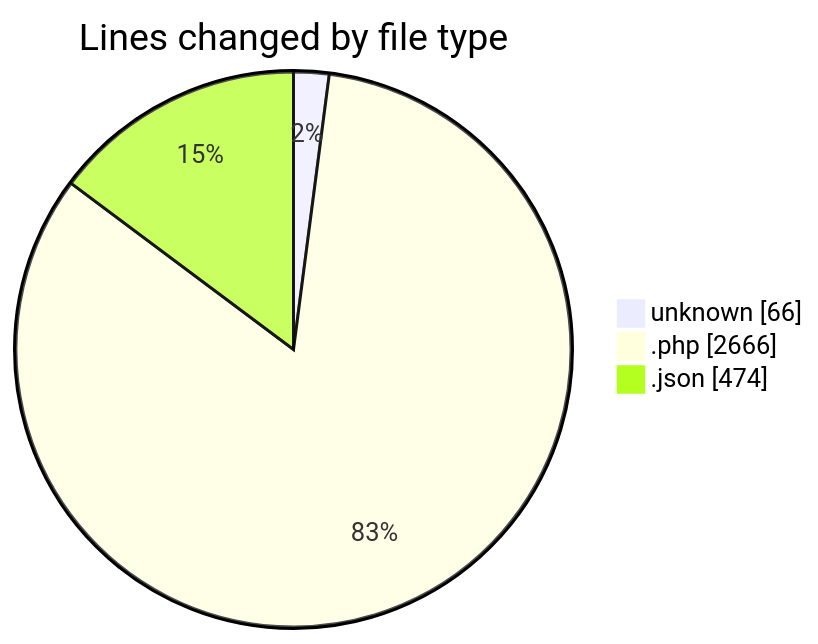
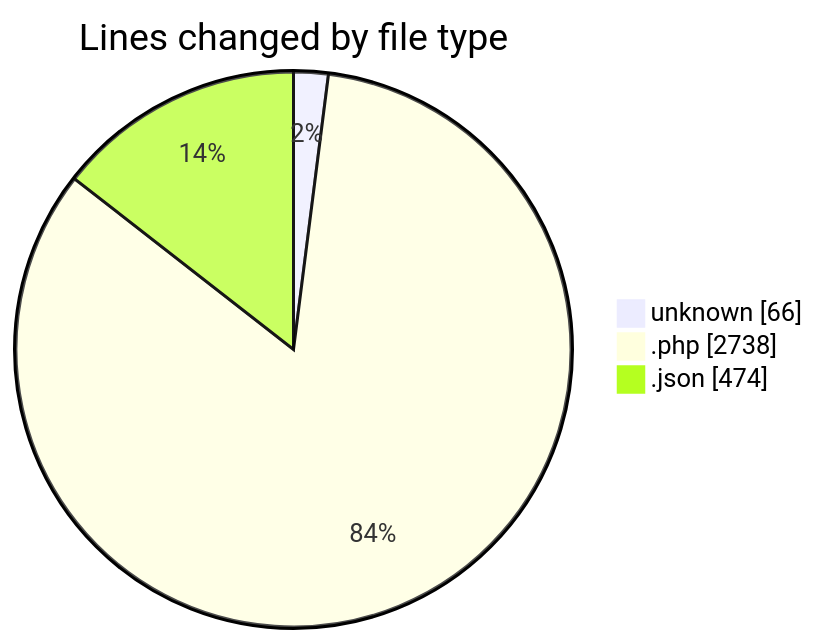
One commit to idhammustaqopulfikri/code-tracking changed the first of 2 diagrams in 2025-05-27/studio-backend/README.md. Above: the diagram before and after it, drawn with Mermaid. The commit also changed other lines of this file and 1 other file, not shown here.

````diff
--- a/2025-05-27/studio-backend/README.md
+++ b/2025-05-27/studio-backend/README.md
@@ -54,7 +54,7 @@
 ```mermaid
 pie showData
 title Lines changed by file type
 "unknown" : 66
-".php" : 2666
+".php" : 2738
 ".json" : 474
 ```
````
